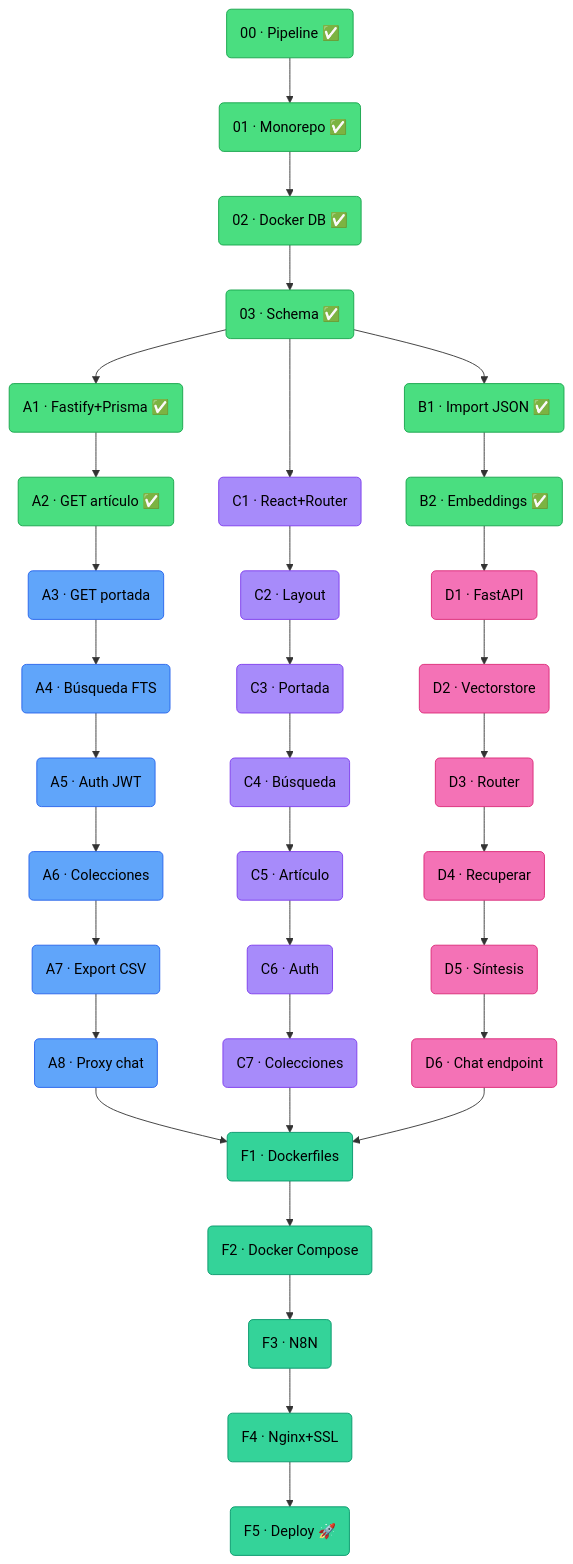
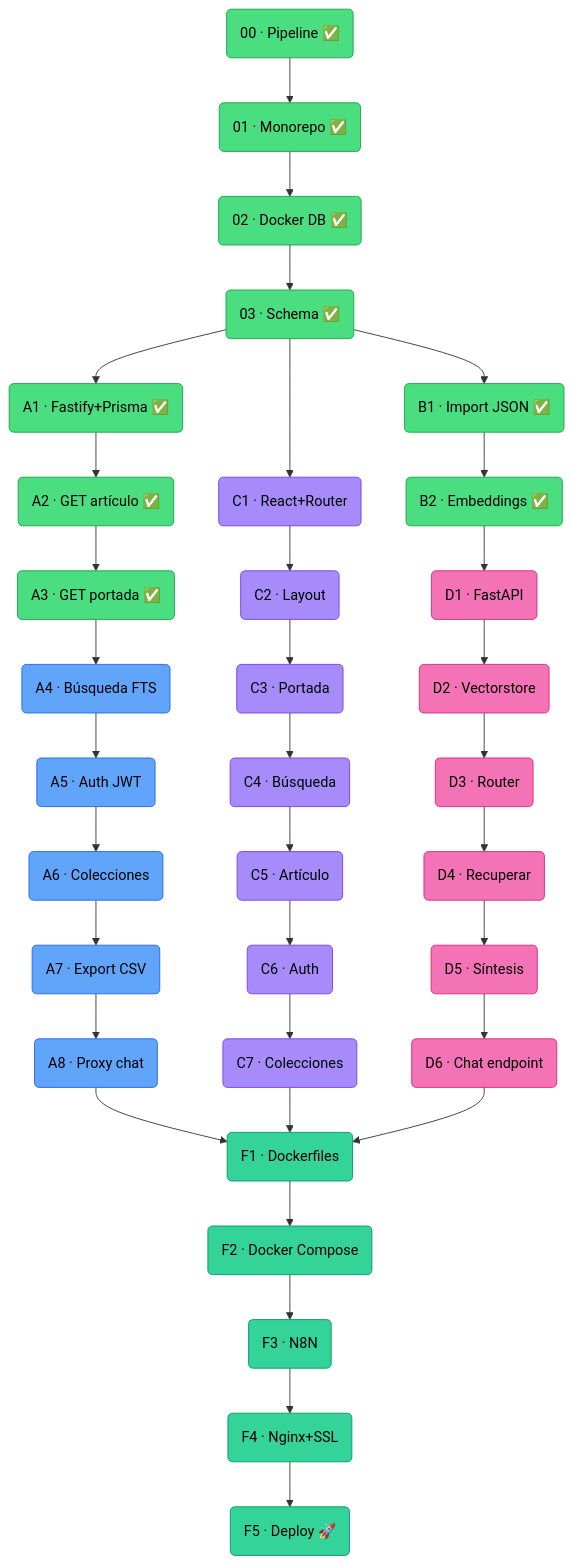
Before and after one commit to Daniel-kripta/Proyecto_Final_Full_Stack_-_Sansofe_WebApp: the diagram in README.md, drawn with Mermaid. The commit also changed 1 other file, not shown here.

Commit message:
feat: Phase A4 - endpoint busqueda

````diff
--- a/README.md
+++ b/README.md
@@ -173,51 +173,51 @@
 ```mermaid
 graph TD
     P00("00 · Pipeline ✅"):::done --> P01("01 · Monorepo ✅"):::done
     P01 --> P02("02 · Docker DB ✅"):::done
     P02 --> P03("03 · Schema ✅"):::done
 
     P03 --> A1("A1 · Fastify+Prisma ✅"):::done
     P03 --> B1("B1 · Import JSON ✅"):::done
     P03 --> C1("C1 · React+Router"):::frontend
 
     A1 --> A2("A2 · GET artículo ✅"):::done
-    A2 --> A3("A3 · GET portada"):::backend
+    A2 --> A3("A3 · GET portada ✅"):::done
     A3 --> A4("A4 · Búsqueda FTS"):::backend
     A4 --> A5("A5 · Auth JWT"):::backend
     A5 --> A6("A6 · Colecciones"):::backend
     A6 --> A7("A7 · Export CSV"):::backend
     A7 --> A8("A8 · Proxy chat"):::backend
 
     B1 --> B2("B2 · Embeddings ✅"):::done
 
     C1 --> C2("C2 · Layout"):::frontend
     C2 --> C3("C3 · Portada"):::frontend
     C3 --> C4("C4 · Búsqueda"):::frontend
     C4 --> C5("C5 · Artículo"):::frontend
     C5 --> C6("C6 · Auth"):::frontend
     C6 --> C7("C7 · Colecciones"):::frontend
 
     B2 --> D1("D1 · FastAPI"):::ai
     D1 --> D2("D2 · Vectorstore"):::ai
     D2 --> D3("D3 · Router"):::ai
     D3 --> D4("D4 · Recuperar"):::ai
     D4 --> D5("D5 · Síntesis"):::ai
     D5 --> D6("D6 · Chat endpoint"):::ai
 
     A8 --> F1("F1 · Dockerfiles"):::deploy
     C7 --> F1
     D6 --> F1
 
     F1 --> F2("F2 · Docker Compose"):::deploy
     F2 --> F3("F3 · N8N"):::deploy
     F3 --> F4("F4 · Nginx+SSL"):::deploy
     F4 --> F5("F5 · Deploy 🚀"):::deploy
 
     classDef done fill:#4ade80,stroke:#16a34a,color:#000
     classDef setup fill:#94a3b8,stroke:#475569,color:#000
     classDef backend fill:#60a5fa,stroke:#2563eb,color:#000
     classDef data fill:#f59e0b,stroke:#d97706,color:#000
     classDef frontend fill:#a78bfa,stroke:#7c3aed,color:#000
     classDef ai fill:#f472b6,stroke:#db2777,color:#000
     classDef deploy fill:#34d399,stroke:#059669,color:#000
 ```
````
